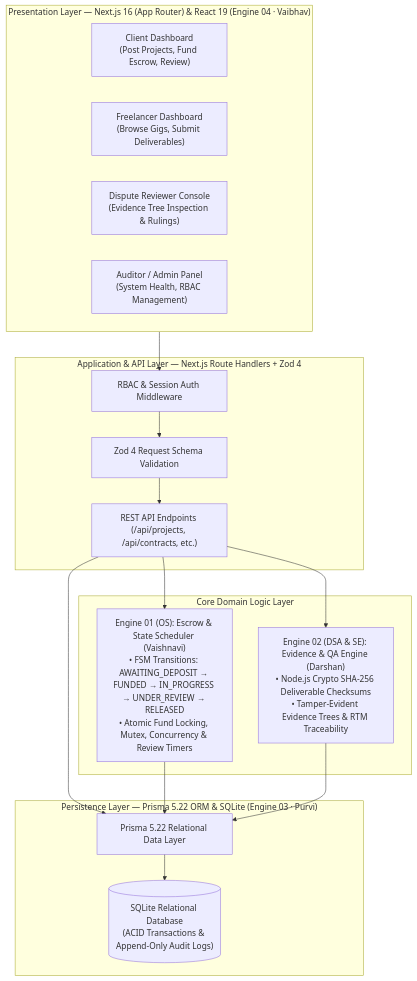
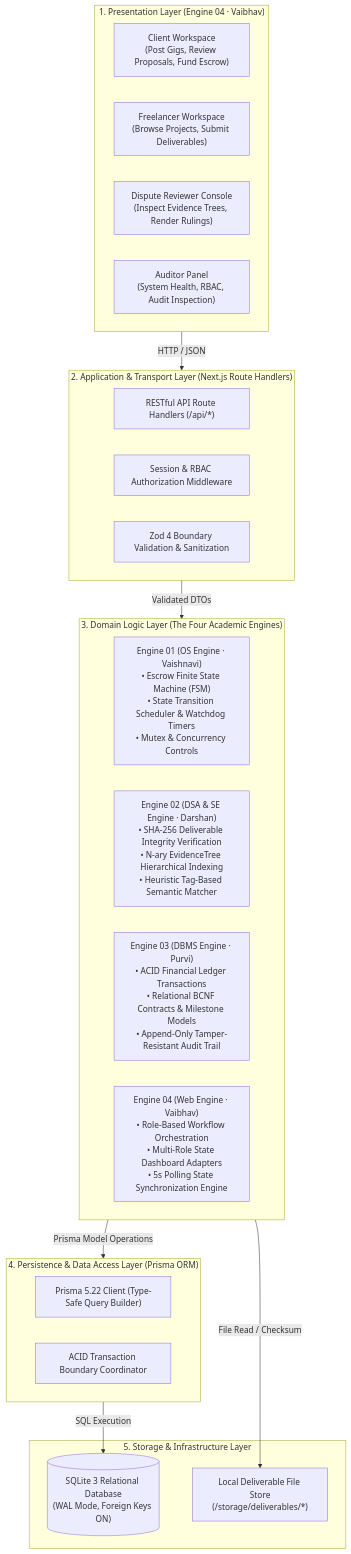
One commit to VAIBHAV7848/Mini-Project changed the diagram in docs/architecture/architecture.md. Above: the diagram before and after it, drawn with Mermaid. The commit also changed other lines of this file and 7 other files, not shown here.

Commit message:
docs: define shared system architecture and engine boundaries

````diff
--- a/docs/architecture/architecture.md
+++ b/docs/architecture/architecture.md
@@ -14,35 +28,38 @@
 ```mermaid
 flowchart TD
-    subgraph ClientLayer ["Presentation Layer — Next.js 16 (App Router) & React 19 (Engine 04 · Vaibhav)"]
-        UI_Client["Client Dashboard<br>(Post Projects, Fund Escrow, Review)"]
-        UI_Dev["Freelancer Dashboard<br>(Browse Gigs, Submit Deliverables)"]
-        UI_Reviewer["Dispute Reviewer Console<br>(Evidence Tree Inspection & Rulings)"]
-        UI_Admin["Auditor / Admin Panel<br>(System Health, RBAC Management)"]
+    subgraph PresentationLayer ["1. Presentation Layer (Engine 04 · Vaibhav)"]
+        UI_Client["Client Workspace<br>(Post Gigs, Review Proposals, Fund Escrow)"]
+        UI_Dev["Freelancer Workspace<br>(Browse Projects, Submit Deliverables)"]
+        UI_Reviewer["Dispute Reviewer Console<br>(Inspect Evidence Trees, Render Rulings)"]
+        UI_Admin["Auditor Panel<br>(System Health, RBAC, Audit Inspection)"]
     end
 
-    subgraph AppLayer ["Application & API Layer — Next.js Route Handlers + Zod 4"]
-        API_Gateway["REST API Endpoints (/api/projects, /api/contracts, etc.)"]
-        RBAC_Middleware["RBAC & Session Auth Middleware"]
-        Validator["Zod 4 Request Schema Validation"]
+    subgraph TransportLayer ["2. Application & Transport Layer (Next.js Route Handlers)"]
+        HTTP_Endpoints["RESTful API Route Handlers (/api/*)"]
+        RBAC_Middleware["Session & RBAC Authorization Middleware"]
+        Zod_Validation["Zod 4 Boundary Validation & Sanitization"]
     end
 
-    subgraph CoreEngines ["Core Domain Logic Layer"]
-        E1_OS["Engine 01 (OS): Escrow & State Scheduler (Vaishnavi)<br>• FSM Transitions: AWAITING_DEPOSIT → FUNDED → IN_PROGRESS → UNDER_REVIEW → RELEASED<br>• Atomic Fund Locking, Mutex, Concurrency & Review Timers"]
-        E2_DSA["Engine 02 (DSA & SE): Evidence & QA Engine (Darshan)<br>• Node.js Crypto SHA-256 Deliverable Checksums<br>• Tamper-Evident Evidence Trees & RTM Traceability"]
+    subgraph DomainLayer ["3. Domain Logic Layer (The Four Academic Engines)"]
+        E1_OS["Engine 01 (OS Engine · Vaishnavi)<br>• Escrow Finite State Machine (FSM)<br>• State Transition Scheduler & Watchdog Timers<br>• Mutex & Concurrency Controls"]
+        E2_DSA["Engine 02 (DSA & SE Engine · Darshan)<br>• SHA-256 Deliverable Integrity Verification<br>• N-ary EvidenceTree Hierarchical Indexing<br>• Heuristic Tag-Based Semantic Matcher"]
+        E3_DBMS["Engine 03 (DBMS Engine · Purvi)<br>• ACID Financial Ledger Transactions<br>• Relational BCNF Contracts & Milestone Models<br>• Append-Only Tamper-Resistant Audit Trail"]
+        E4_WEB["Engine 04 (Web Engine · Vaibhav)<br>• Role-Based Workflow Orchestration<br>• Multi-Role State Dashboard Adapters<br>• 5s Polling State Synchronization Engine"]
     end
 
-    subgraph DataLayer ["Persistence Layer — Prisma 5.22 ORM & SQLite (Engine 03 · Purvi)"]
-        PrismaORM["Prisma 5.22 Relational Data Layer"]
-        SQLiteDB[("SQLite Relational Database<br>(ACID Transactions & Append-Only Audit Logs)")]
+    subgraph PersistenceLayer ["4. Persistence & Data Access Layer (Prisma ORM)"]
+        PrismaClient["Prisma 5.22 Client (Type-Safe Query Builder)"]
+        TransactionCoordinator["ACID Transaction Boundary Coordinator"]
     end
 
-    ClientLayer --> RBAC_Middleware
-    RBAC_Middleware --> Validator
-    Validator --> API_Gateway
-    API_Gateway --> E1_OS
-    API_Gateway --> E2_DSA
-    API_Gateway --> PrismaORM
-    E1_OS --> PrismaORM
-    E2_DSA --> PrismaORM
-    PrismaORM --> SQLiteDB
+    subgraph InfrastructureLayer ["5. Storage & Infrastructure Layer"]
+        SQLiteDB[("SQLite 3 Relational Database<br>(WAL Mode, Foreign Keys ON)")]
+        LocalFS["Local Deliverable File Store<br>(/storage/deliverables/*)"]
+    end
+
+    PresentationLayer -->|HTTP / JSON| TransportLayer
+    TransportLayer -->|Validated DTOs| DomainLayer
+    DomainLayer -->|Prisma Model Operations| PersistenceLayer
+    PersistenceLayer -->|SQL Execution| SQLiteDB
+    DomainLayer -->|File Read / Checksum| LocalFS
 ```
````
